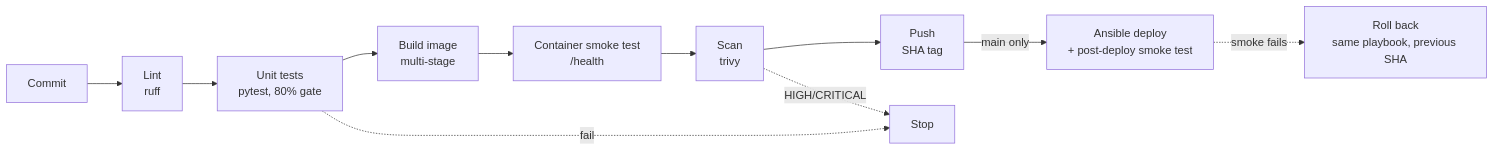
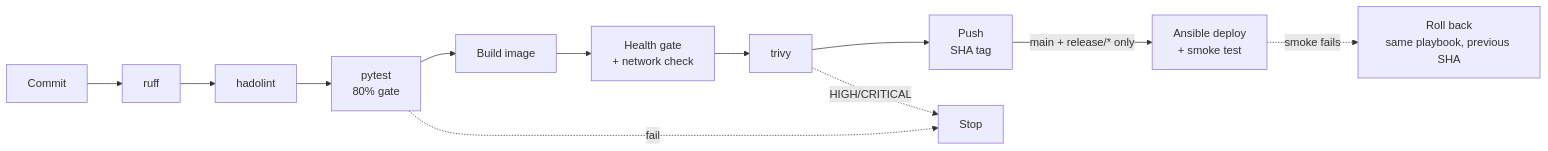
Before and after one commit to myloo23/MilanProjA-Szakdoga: the second of 2 diagrams in README.md, drawn with Mermaid. The commit also changed other lines of this file and 6 other files, not shown here.

````diff
--- a/README.md
+++ b/README.md
@@ -49,13 +51,14 @@
 ```mermaid
 flowchart LR
-    A[Commit] --> B[Lint<br/>ruff]
-    B --> C[Unit tests<br/>pytest, 80% gate]
-    C --> D[Build image<br/>multi-stage]
-    D --> S[Container smoke test<br/>/health]
-    S --> E[Scan<br/>trivy]
+    A[Commit] --> B[ruff]
+    B --> H[hadolint]
+    H --> C[pytest<br/>80% gate]
+    C --> D[Build image]
+    D --> S[Health gate<br/>+ network check]
+    S --> E[trivy]
     E --> F[Push<br/>SHA tag]
-    F -->|main only| G[Ansible deploy<br/>+ post-deploy smoke test]
+    F -->|main + release/* only| G[Ansible deploy<br/>+ smoke test]
     C -.fail.-> X[Stop]
     E -.HIGH/CRITICAL.-> X
     G -.smoke fails.-> R[Roll back<br/>same playbook, previous SHA]
 ```
````
